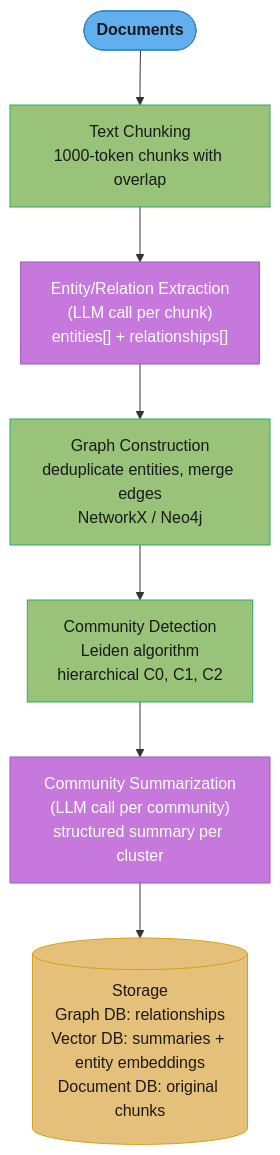
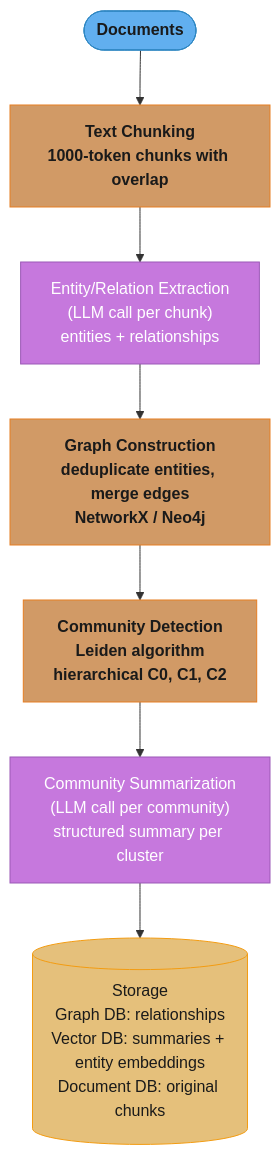
One commit to rppol/system-design changed the first of 3 diagrams in src/main/java/com/rutik/systemdesign/llm/advanced_rag/graph_rag.md. Above: the diagram before and after it, drawn with Mermaid. The commit also changed other lines of this file and 88 other files, not shown here.

````diff
--- a/src/main/java/com/rutik/systemdesign/llm/advanced_rag/graph_rag.md
+++ b/src/main/java/com/rutik/systemdesign/llm/advanced_rag/graph_rag.md
@@ -179,20 +179,23 @@
 ```mermaid
 %%{init: {'flowchart': {'curve': 'basis', 'nodeSpacing': 50, 'rankSpacing': 55}}}%%
 flowchart TD
-    classDef io    fill:#61afef,stroke:#2e86c1,color:#1a1a1a,font-weight:bold
-    classDef proc  fill:#98c379,stroke:#27ae60,color:#1a1a1a
-    classDef llm   fill:#c678dd,stroke:#9b59b6,color:#fff
-    classDef store fill:#e5c07b,stroke:#d4a017,color:#1a1a1a
+    classDef io      fill:#61afef,stroke:#2e86c1,color:#1a1a1a,font-weight:bold
+    classDef frozen  fill:#c678dd,stroke:#9b59b6,color:#fff
+    classDef train   fill:#98c379,stroke:#27ae60,color:#1a1a1a
+    classDef mathOp  fill:#d19a66,stroke:#e67e22,color:#1a1a1a,font-weight:bold
+    classDef lossN   fill:#e06c75,stroke:#c0392b,color:#fff,font-weight:bold
+    classDef req     fill:#56b6c2,stroke:#0097a7,color:#1a1a1a
+    classDef base    fill:#e5c07b,stroke:#f39c12,color:#1a1a1a
 
     DOCS(["Documents"]) --> CHUNK["Text Chunking\n1000-token chunks with overlap"]
-    CHUNK --> ERX["Entity/Relation Extraction\n(LLM call per chunk)\nentities[] + relationships[]"]
+    CHUNK --> ERX["Entity/Relation Extraction\n(LLM call per chunk)\nentities + relationships"]
     ERX --> GC["Graph Construction\ndeduplicate entities, merge edges\nNetworkX / Neo4j"]
     GC --> CD["Community Detection\nLeiden algorithm\nhierarchical C0, C1, C2"]
     CD --> CS["Community Summarization\n(LLM call per community)\nstructured summary per cluster"]
     CS --> ST[("Storage\nGraph DB: relationships\nVector DB: summaries + entity embeddings\nDocument DB: original chunks")]
 
     class DOCS io
-    class CHUNK,GC,CD proc
-    class ERX,CS llm
-    class ST store
+    class CHUNK,GC,CD mathOp
+    class ERX,CS frozen
+    class ST base
 ```
````
